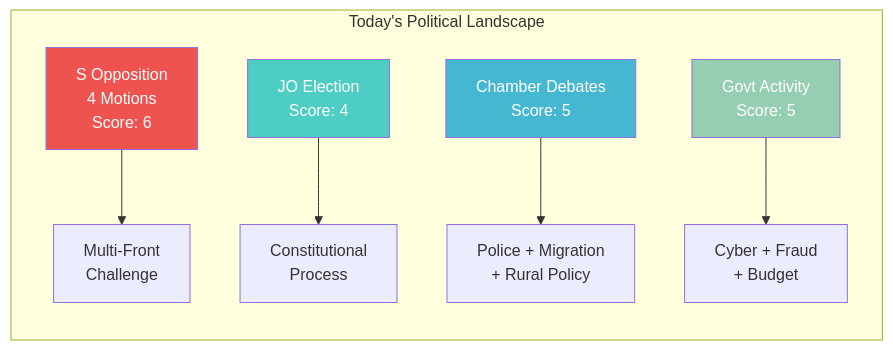
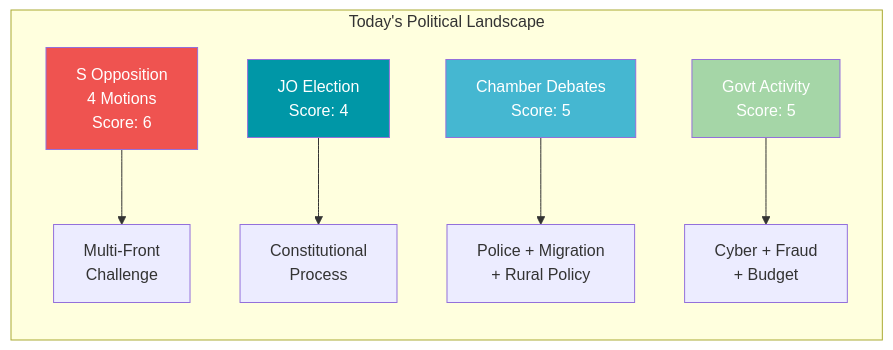
Before and after one commit to Hack23/riksdagsmonitor: the diagram in analysis/daily/2026-04-15/realtime-0954/synthesis-summary.md, drawn with Mermaid. The commit also changed 121 other files, not shown here.

````diff
--- a/analysis/daily/2026-04-15/realtime-0954/synthesis-summary.md
+++ b/analysis/daily/2026-04-15/realtime-0954/synthesis-summary.md
@@ -50,14 +50,14 @@
 ```mermaid
 graph LR
     subgraph "Today's Political Landscape"
         A["S Opposition<br/>4 Motions<br/>Score: 6"] --> E["Multi-Front<br/>Challenge"]
         B["JO Election<br/>Score: 4"] --> F["Constitutional<br/>Process"]
         C["Chamber Debates<br/>Score: 5"] --> G["Police + Migration<br/>+ Rural Policy"]
         D["Govt Activity<br/>Score: 5"] --> H["Cyber + Fraud<br/>+ Budget"]
     end
 
     style A fill:#EF5350,color:#FFFFFF
-    style B fill:#4ecdc4,color:#FFFFFF
+    style B fill:#0097A7,color:#FFFFFF
     style C fill:#45b7d1,color:#FFFFFF
-    style D fill:#96ceb4,color:#FFFFFF
+    style D fill:#A5D6A7,color:#FFFFFF
 ```
````
